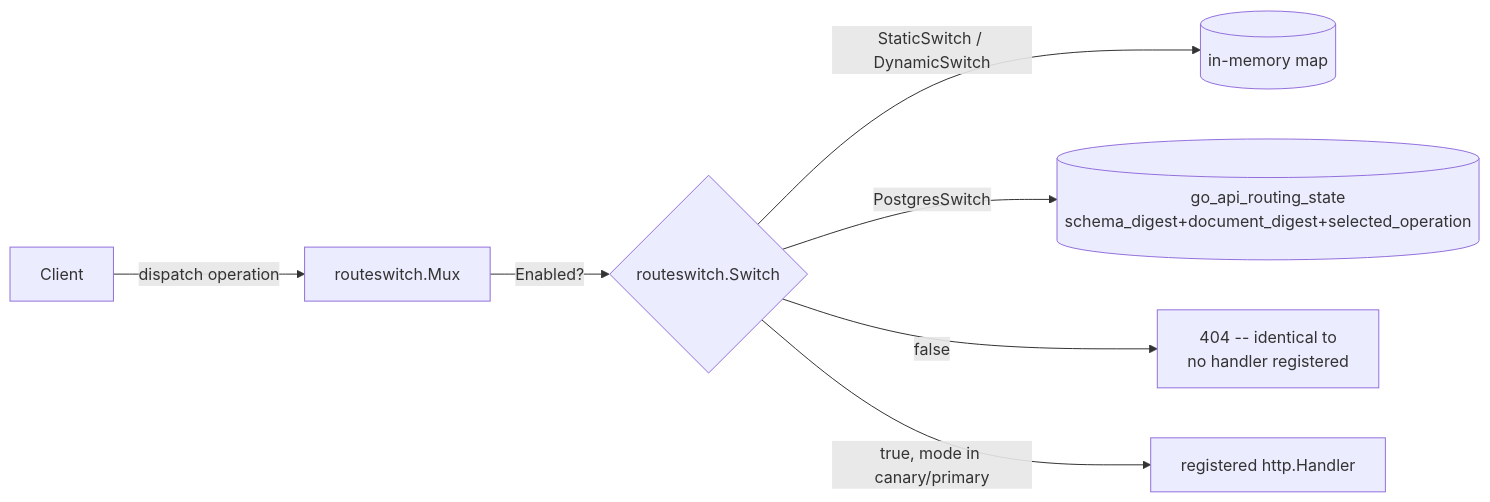
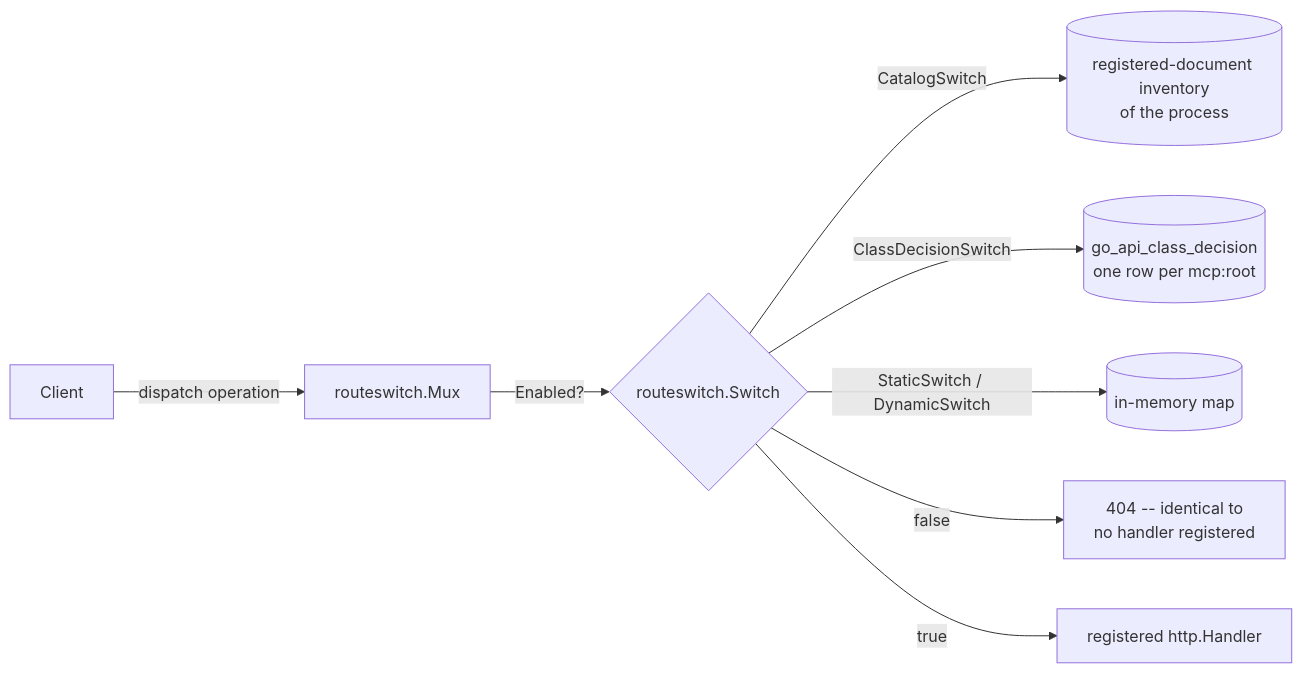
One commit to full-chaos/dev-health-ops changed the third of 3 diagrams in docs/contribute/architecture/go-api-wave-0-proof-infrastructure.md. Above: the diagram before and after it, drawn with Mermaid. The commit also changed other lines of this file and 119 other files, not shown here.

Commit message:
chore(api): CHAOS-8705 drop the remaining go_api_routing_state readers and writers

````diff
--- a/docs/contribute/architecture/go-api-wave-0-proof-infrastructure.md
+++ b/docs/contribute/architecture/go-api-wave-0-proof-infrastructure.md
@@ -244,9 +244,10 @@
 ```mermaid
 flowchart LR
     Client -->|dispatch operation| Mux[routeswitch.Mux]
     Mux -->|Enabled?| Switch{routeswitch.Switch}
+    Switch -->|CatalogSwitch| Inventory[(registered-document inventory<br/>of the process)]
+    Switch -->|ClassDecisionSwitch| Decisions[(go_api_class_decision<br/>one row per mcp:root)]
     Switch -->|StaticSwitch / DynamicSwitch| Memory[(in-memory map)]
-    Switch -->|PostgresSwitch| Registry[(go_api_routing_state<br/>schema_digest+document_digest+selected_operation)]
     Switch -->|false| NotFound[404 -- identical to<br/>no handler registered]
-    Switch -->|true, mode in canary/primary| Handler[registered http.Handler]
+    Switch -->|true| Handler[registered http.Handler]
 ```
````
